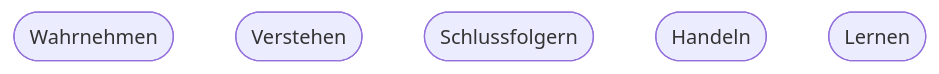
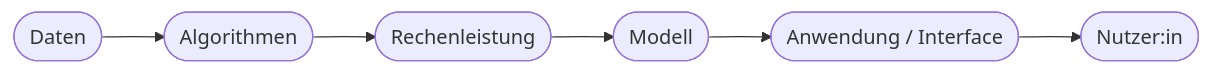
The first of 2 diagrams in docs/content/kapitel8.md (Qualidy/Prompt-Engineering-KI-in-der-Arbeitswelt), drawn with Mermaid before and after one commit. The commit also changed other lines of this file and 80 other files, not shown here.

````diff
--- a/docs/content/kapitel8.md
+++ b/docs/content/kapitel8.md
@@ -27,8 +28,8 @@
 ```mermaid
-flowchart TD
-    A([Wahrnehmen]) 
-    B([Verstehen])
-    C([Schlussfolgern])
-    D([Handeln])
-    E([Lernen])
+flowchart LR
+    A([Daten]) --> B([Algorithmen])
+    B --> C([Rechenleistung])
+    C --> D([Modell])
+    D --> E([Anwendung / Interface])
+    E --> F([Nutzer:in])
 ```
````
